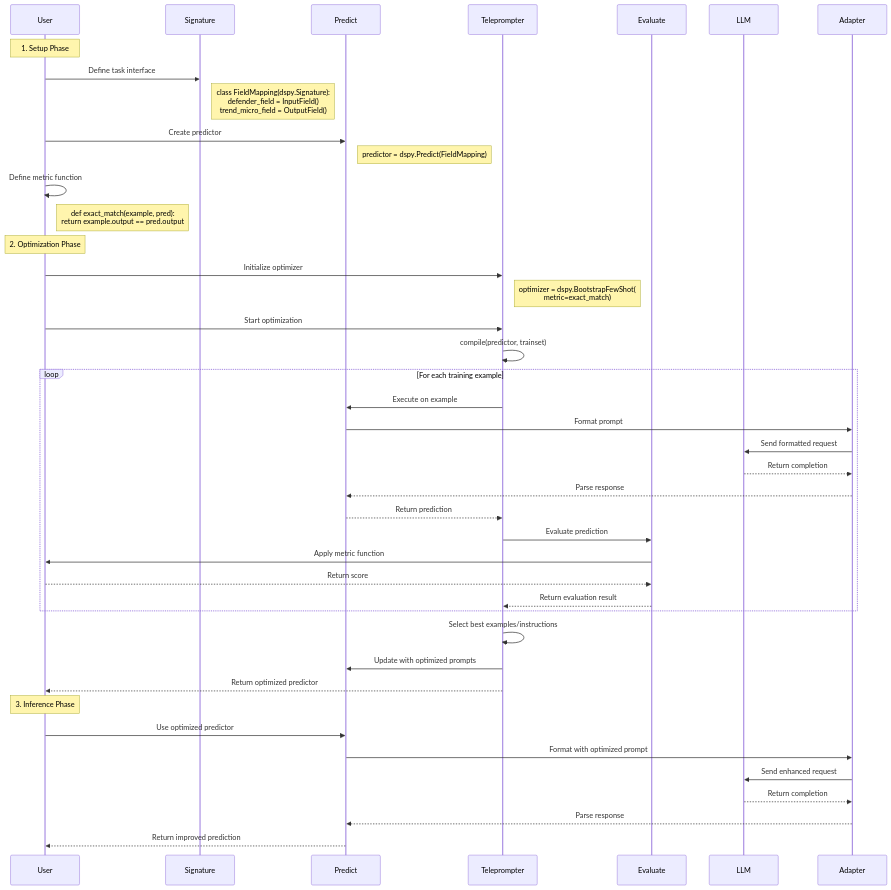
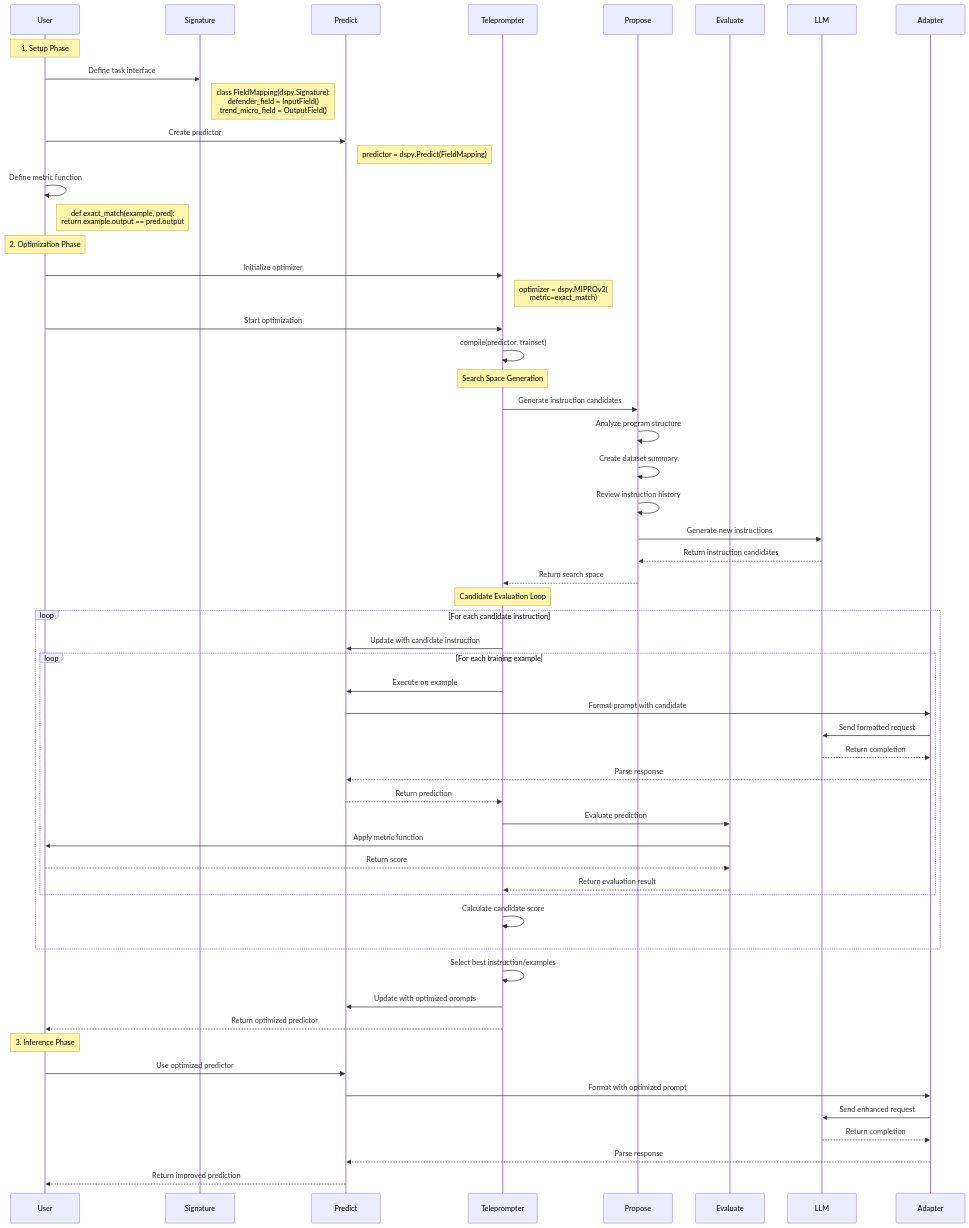
Before and after one commit to sparktsao/dspy_study: the first of 5 diagrams in STUDY_003_architecture_workflow.md, drawn with Mermaid.

````diff
--- a/STUDY_003_architecture_workflow.md
+++ b/STUDY_003_architecture_workflow.md
@@ -117,53 +117,70 @@
 ```mermaid
 sequenceDiagram
     participant User
     participant Signature
     participant Predictor as Predict
     participant Optimizer as Teleprompter
+    participant Proposer as Propose
     participant Evaluator as Evaluate
     participant LLM
     participant Adapter
 
     Note over User: 1. Setup Phase
     User->>Signature: Define task interface
     Note right of Signature: class FieldMapping(dspy.Signature):<br/>defender_field = InputField()<br/>trend_micro_field = OutputField()
     
     User->>Predictor: Create predictor
     Note right of Predictor: predictor = dspy.Predict(FieldMapping)
     
     User->>User: Define metric function
     Note right of User: def exact_match(example, pred):<br/>return example.output == pred.output
     
     Note over User: 2. Optimization Phase
     User->>Optimizer: Initialize optimizer
-    Note right of Optimizer: optimizer = dspy.BootstrapFewShot(<br/>metric=exact_match)
+    Note right of Optimizer: optimizer = dspy.MIPROv2(<br/>metric=exact_match)
     
     User->>Optimizer: Start optimization
     Optimizer->>Optimizer: compile(predictor, trainset)
     
-    loop For each training example
-        Optimizer->>Predictor: Execute on example
-        Predictor->>Adapter: Format prompt
-        Adapter->>LLM: Send formatted request
-        LLM-->>Adapter: Return completion
-        Adapter-->>Predictor: Parse response
-        Predictor-->>Optimizer: Return prediction
+    Note over Optimizer: Search Space Generation
+    Optimizer->>Proposer: Generate instruction candidates
+    Proposer->>Proposer: Analyze program structure
+    Proposer->>Proposer: Create dataset summary
+    Proposer->>Proposer: Review instruction history
+    Proposer->>LLM: Generate new instructions
+    LLM-->>Proposer: Return instruction candidates
+    Proposer-->>Optimizer: Return search space
+    
+    Note over Optimizer: Candidate Evaluation Loop
+    loop For each candidate instruction
+        Optimizer->>Predictor: Update with candidate instruction
         
-        Optimizer->>Evaluator: Evaluate prediction
-        Evaluator->>User: Apply metric function
-        User-->>Evaluator: Return score
-        Evaluator-->>Optimizer: Return evaluation result
+        loop For each training example
+            Optimizer->>Predictor: Execute on example
+            Predictor->>Adapter: Format prompt with candidate
+            Adapter->>LLM: Send formatted request
+            LLM-->>Adapter: Return completion
+            Adapter-->>Predictor: Parse response
+            Predictor-->>Optimizer: Return prediction
+            
+            Optimizer->>Evaluator: Evaluate prediction
+            Evaluator->>User: Apply metric function
+            User-->>Evaluator: Return score
+            Evaluator-->>Optimizer: Return evaluation result
+        end
+        
+        Optimizer->>Optimizer: Calculate candidate score
     end
     
-    Optimizer->>Optimizer: Select best examples/instructions
+    Optimizer->>Optimizer: Select best instruction/examples
     Optimizer->>Predictor: Update with optimized prompts
     Optimizer-->>User: Return optimized predictor
     
     Note over User: 3. Inference Phase
     User->>Predictor: Use optimized predictor
     Predictor->>Adapter: Format with optimized prompt
     Adapter->>LLM: Send enhanced request
     LLM-->>Adapter: Return completion
     Adapter-->>Predictor: Parse response
     Predictor-->>User: Return improved prediction
 ```
````
